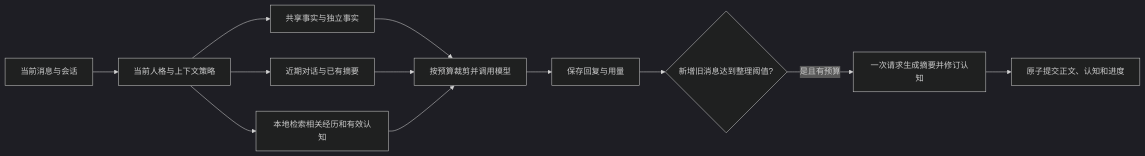
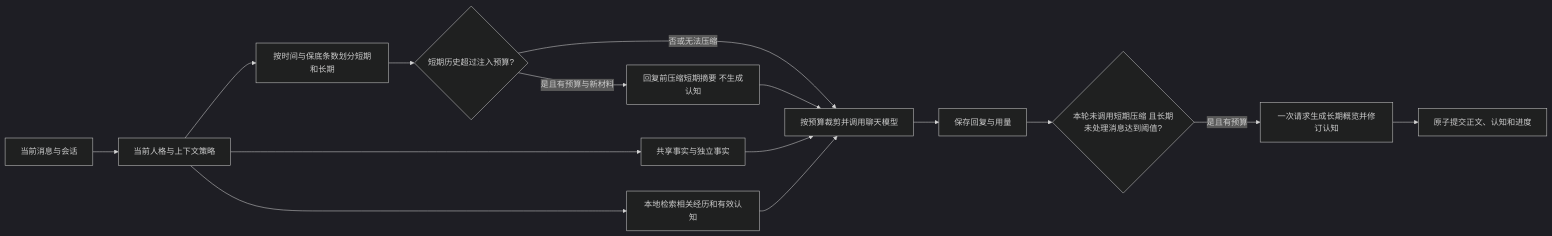
One commit to FelixTaXk/whalelife changed the diagram in architecture/MEMORY.md. Above: the diagram before and after it, drawn with Mermaid (dark theme). The commit also changed other lines of this file and 15 other files, not shown here.

````diff
--- a/architecture/MEMORY.md
+++ b/architecture/MEMORY.md
@@ -45,14 +54,17 @@
 ```mermaid
 flowchart LR
   A[当前消息与会话] --> B[当前人格与上下文策略]
   B --> C[共享事实与独立事实]
-  B --> D[近期对话与已有摘要]
+  B --> D[按时间与保底条数划分短期和长期]
   B --> E[本地检索相关经历和有效认知]
-  C --> F[按预算裁剪并调用模型]
-  D --> F
+  D --> K{短期历史超过注入预算?}
+  K -->|是且有预算与新材料| L[回复前压缩短期摘要 不生成认知]
+  K -->|否或无法压缩| F[按预算裁剪并调用聊天模型]
+  L --> F
+  C --> F
   E --> F
   F --> G[保存回复与用量]
-  G --> H{新增旧消息达到整理阈值?}
-  H -->|是且有预算| I[一次请求生成摘要并修订认知]
+  G --> H{本轮未调用短期压缩 且长期未处理消息达到阈值?}
+  H -->|是且有预算| I[一次请求生成长期概览并修订认知]
   I --> J[原子提交正文、认知和进度]
 ```
````
